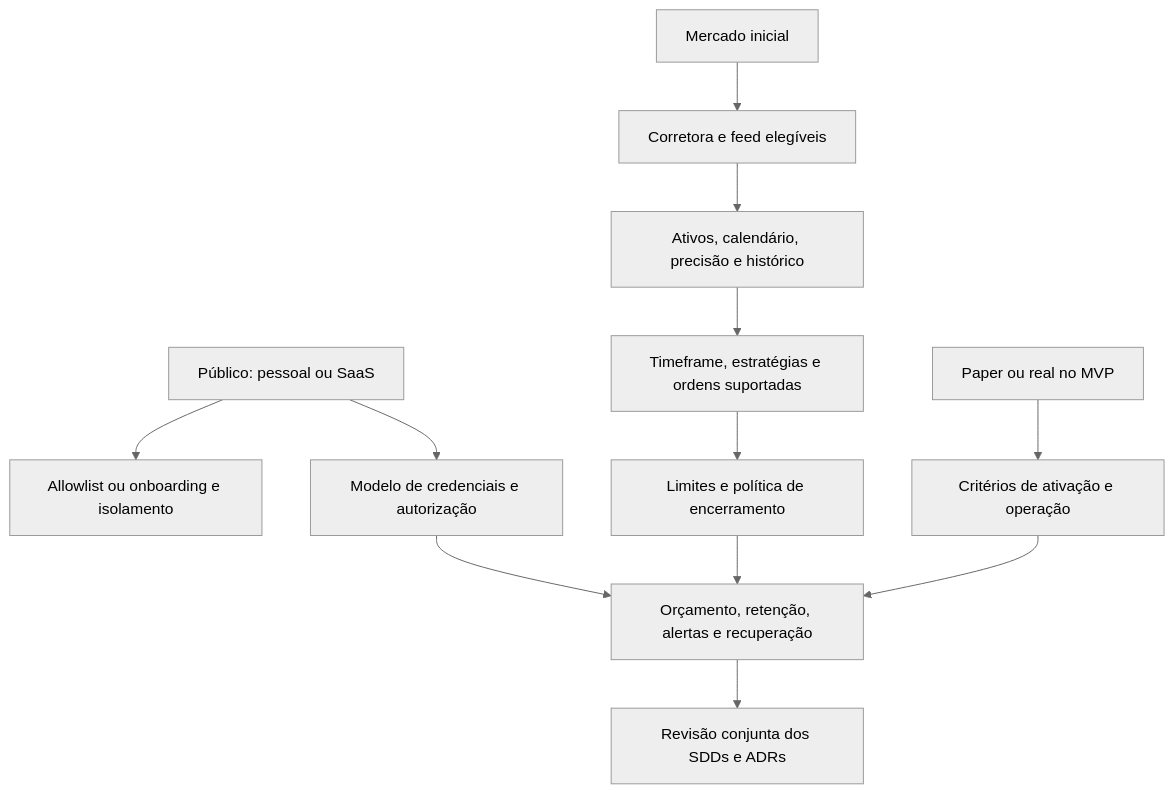
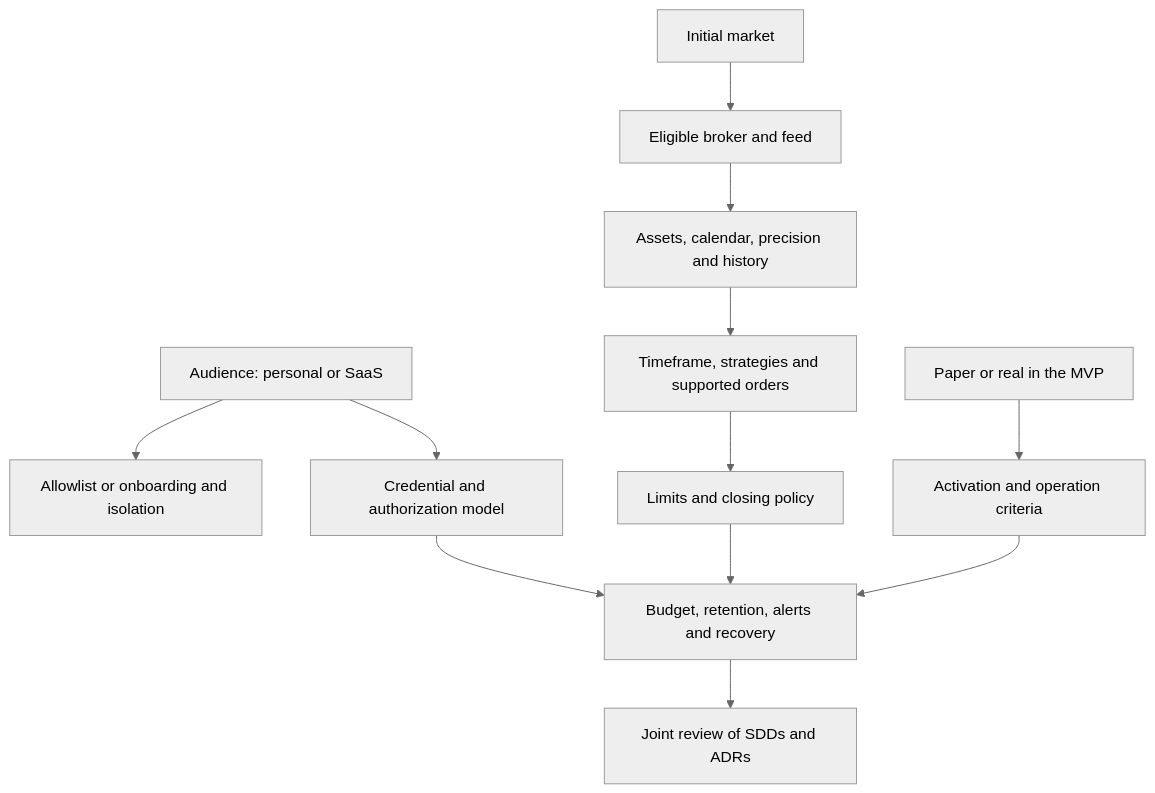
The diagram in docs/grilling.md (AlexGalhardo/Scooby), drawn with Mermaid (neutral theme) before and after one commit. The commit also changed other lines of this file and 60 other files, not shown here.

Commit message:
docs: translate documentation to English, add setup guides, rewrite README and ROADMAP

````diff
--- a/docs/grilling.md
+++ b/docs/grilling.md
@@ -34,14 +32,14 @@
 ```mermaid
 flowchart TD
-  Publico[Público: pessoal ou SaaS] --> Acesso[Allowlist ou onboarding e isolamento]
-  Publico --> Segredos[Modelo de credenciais e autorização]
-  Mercado[Mercado inicial] --> Broker[Corretora e feed elegíveis]
-  Broker --> Instrumentos[Ativos, calendário, precisão e histórico]
-  Modo[Paper ou real no MVP] --> Liberacao[Critérios de ativação e operação]
-  Instrumentos --> Estrategias[Timeframe, estratégias e ordens suportadas]
-  Estrategias --> Risco[Limites e política de encerramento]
-  Segredos --> Operacao[Orçamento, retenção, alertas e recuperação]
-  Risco --> Operacao
-  Liberacao --> Operacao
-  Operacao --> Revisao[Revisão conjunta dos SDDs e ADRs]
+  Audience[Audience: personal or SaaS] --> Access[Allowlist or onboarding and isolation]
+  Audience --> Secrets[Credential and authorization model]
+  Market[Initial market] --> Broker[Eligible broker and feed]
+  Broker --> Instruments[Assets, calendar, precision and history]
+  Mode[Paper or real in the MVP] --> Release[Activation and operation criteria]
+  Instruments --> Strategies[Timeframe, strategies and supported orders]
+  Strategies --> Risk[Limits and closing policy]
+  Secrets --> Operation[Budget, retention, alerts and recovery]
+  Risk --> Operation
+  Release --> Operation
+  Operation --> Review[Joint review of SDDs and ADRs]
 ```
````
